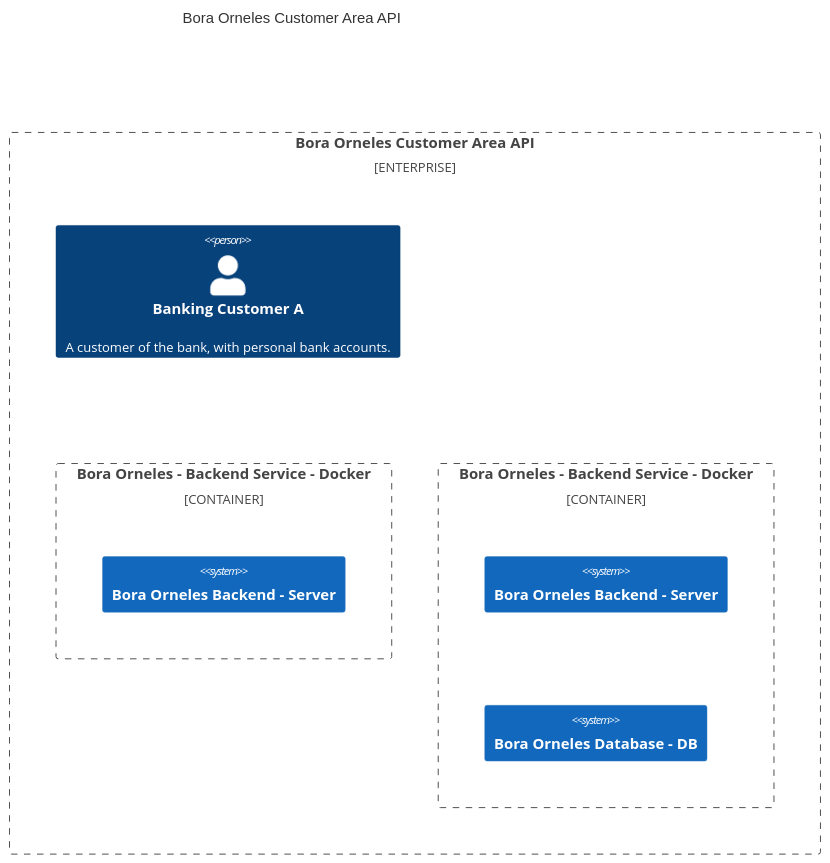
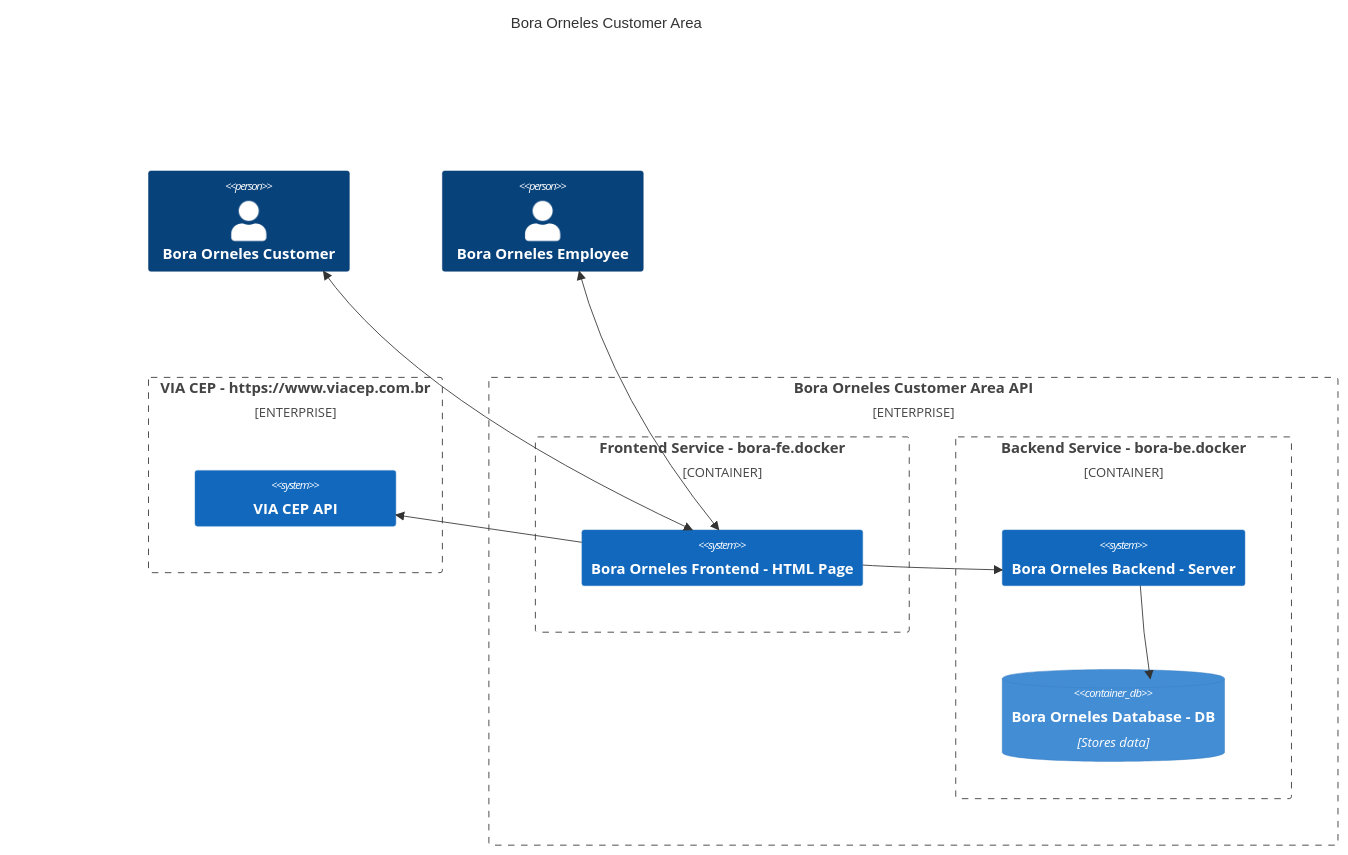
Before and after one commit to fonsecarsrodrigo/MVP2_backend: the diagram in README.md, drawn with Mermaid.

Commit message:
Adding project Diagram

````diff
--- a/README.md
+++ b/README.md
@@ -5,18 +5,31 @@
 ```mermaid
 C4Context
-    title Bora Orneles Customer Area API
+    title Bora Orneles Customer Area
+        Person(customerA, "Bora Orneles Customer")
+        Person(employeeA, "Bora Orneles Employee")
+
+    Enterprise_Boundary(b1, "VIA CEP - https://www.viacep.com.br")
+    {
+        System(VIA_CEP-API, "VIA CEP API")
+        Rel(Bora-FE, VIA_CEP-API, "")
+    }
 
     Enterprise_Boundary(b0, "Bora Orneles Customer Area API") {
-        Person(customerA, "Banking Customer A", "A customer of the bank, with personal bank accounts.")
 
-        Container_Boundary(c0, "Bora Orneles - Backend Service - Docker") {
-            System(Bora-FE, "Bora Orneles Backend - Server")
+        BiRel(customerA, Bora-FE, "")
+        BiRel(employeeA, Bora-FE, "")
+
+        Container_Boundary(c0, " Frontend Service - bora-fe.docker") {
+            System(Bora-FE, "Bora Orneles Frontend - HTML Page")
+            Rel(Bora-FE, Bora-BE, "")
         }
 
 
-         Container_Boundary(c1, "Bora Orneles - Backend Service - Docker") {
+         Container_Boundary(c1, "Backend Service - bora-be.docker") {
             System(Bora-BE, "Bora Orneles Backend - Server")
-            System(Bora-DB, "Bora Orneles Database - DB")
+            ContainerDb(Bora-DB, "Bora Orneles Database - DB", "Stores data")
+  
+            Rel(Bora-BE, Bora-DB, "")
          }
     }
 ```
````
